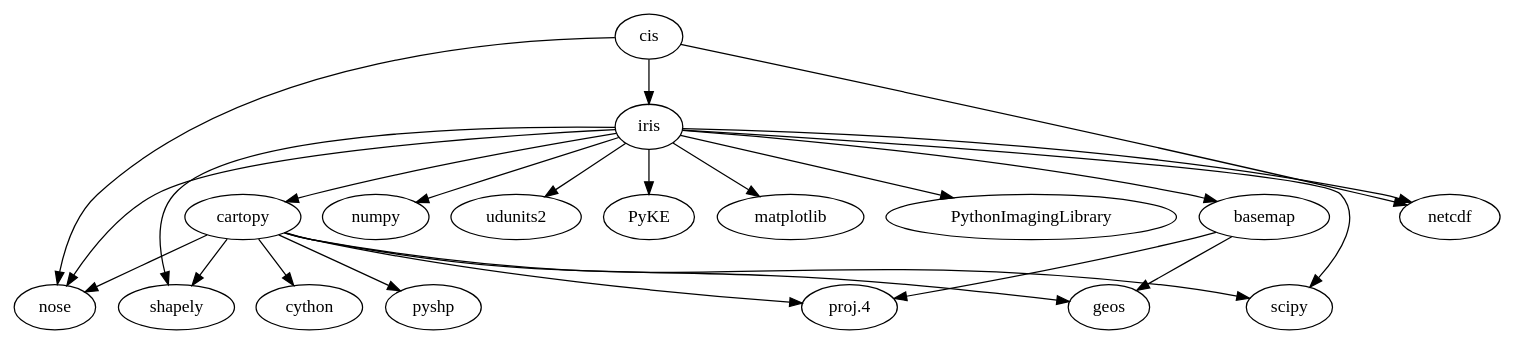
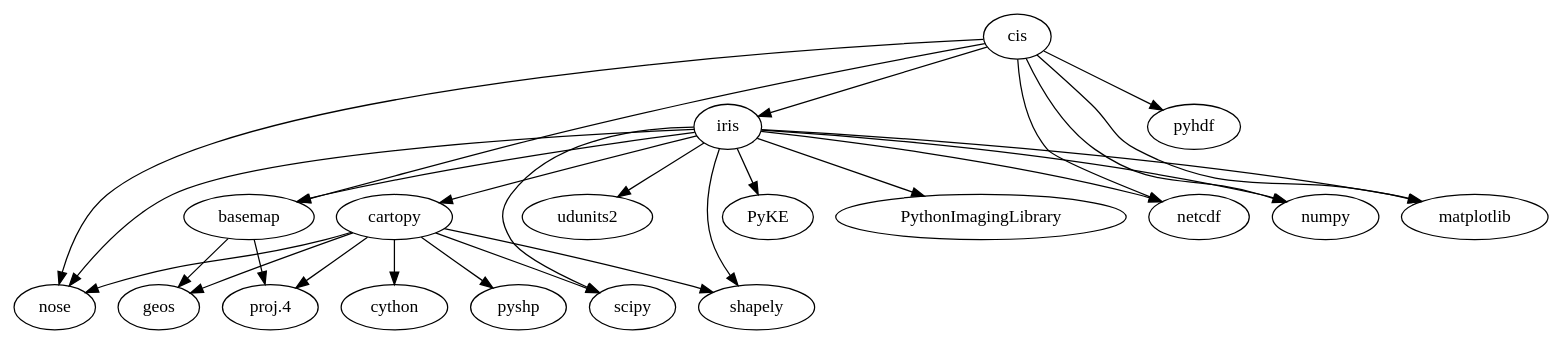
One commit to cedadev/cis changed the diagram in doc/cis_dependency.dot. Above: the diagram before and after it, drawn with Graphviz. The commit also changed 11 other files, not shown here.

```diff
--- a/doc/cis_dependency.dot
+++ b/doc/cis_dependency.dot
@@ -1,29 +1,33 @@
 digraph cis {
     cis -> iris;
     cis -> nose;
     cis -> netcdf;
+    cis -> pyhdf;
+    cis -> numpy;
+    cis -> basemap;
+    cis -> matplotlib;
 
     iris -> netcdf;
     iris -> nose;
     iris -> numpy;
     iris -> scipy;
     iris -> udunits2;
     iris -> PyKE;
     iris -> matplotlib;
     iris -> cartopy;
     iris -> PythonImagingLibrary;
     iris -> basemap;
     iris -> shapely;
     
     basemap -> "proj.4";
     basemap -> geos;
 
     cartopy -> cython;
     cartopy -> "proj.4";
     cartopy -> geos;
     cartopy -> shapely;
     cartopy -> pyshp;
     cartopy -> nose;
     cartopy -> scipy;    
 
 }
```
